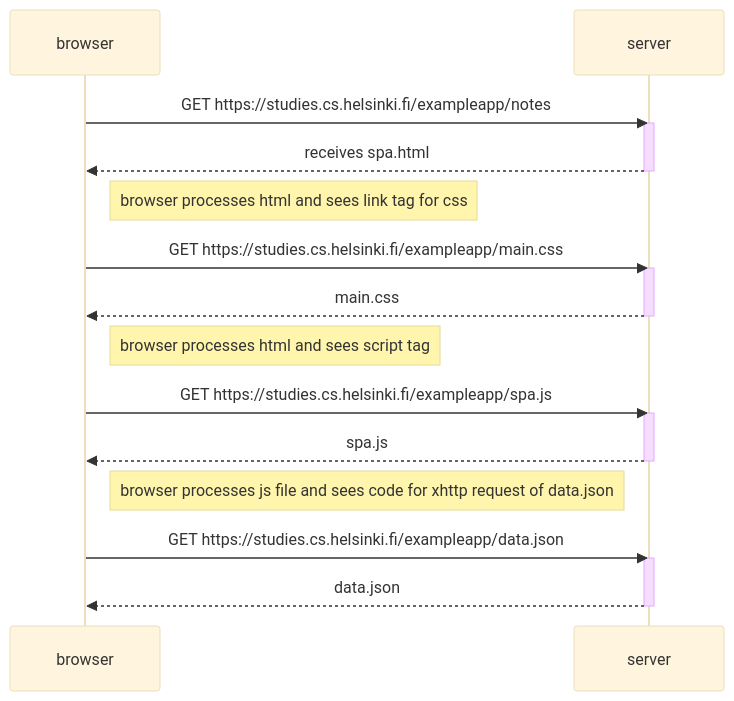
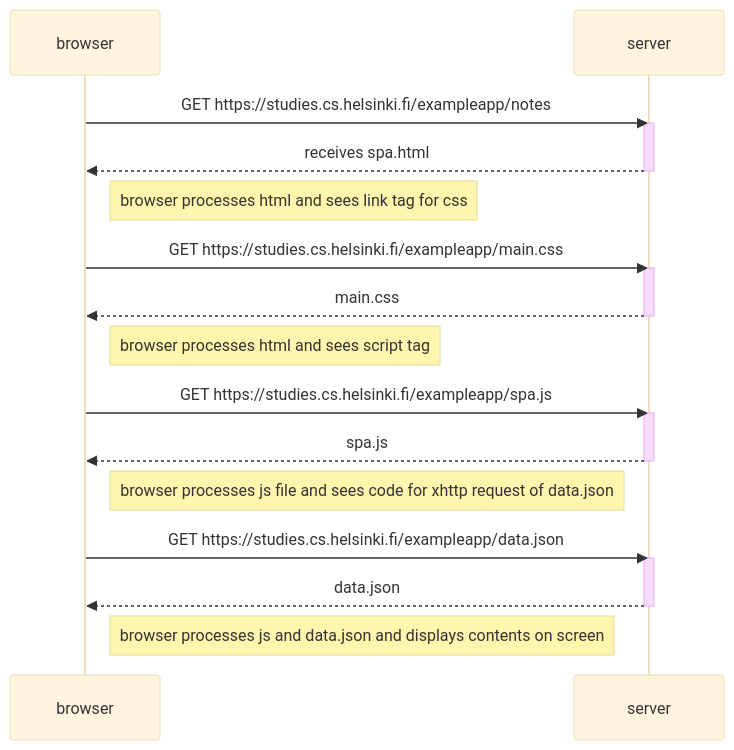
One commit to fullstackstan/FSO2023 changed the diagram in part 0/exercise0-5/sequence-diagram.md. Above: the diagram before and after it, drawn with Mermaid (base theme).

Commit message:
added final note to right of brower

````diff
--- a/part 0/exercise0-5/sequence-diagram.md
+++ b/part 0/exercise0-5/sequence-diagram.md
@@ -2,32 +2,34 @@
 ```mermaid
 sequenceDiagram
     participant browser
     participant server
     
     browser->>server: GET https://studies.cs.helsinki.fi/exampleapp/notes
     activate server
     server-->>browser: receives spa.html
     deactivate server
 
     note right of browser: browser processes html and sees  link tag for css
 
     browser->>server: GET https://studies.cs.helsinki.fi/exampleapp/main.css
     activate server
     server-->>browser: main.css
 
     deactivate server
     
     note right of browser: browser processes html and sees script tag 
 
     browser->>server: GET https://studies.cs.helsinki.fi/exampleapp/spa.js
     activate server
     server-->>browser: spa.js
     deactivate server
 
     note right of browser: browser processes js file and sees code for xhttp request of data.json 
 
     browser->>server: GET https://studies.cs.helsinki.fi/exampleapp/data.json
     activate server
     server-->>browser: data.json
     deactivate server
+    
+    note right of browser: browser processes js and data.json and displays contents on screen
    ```
````
